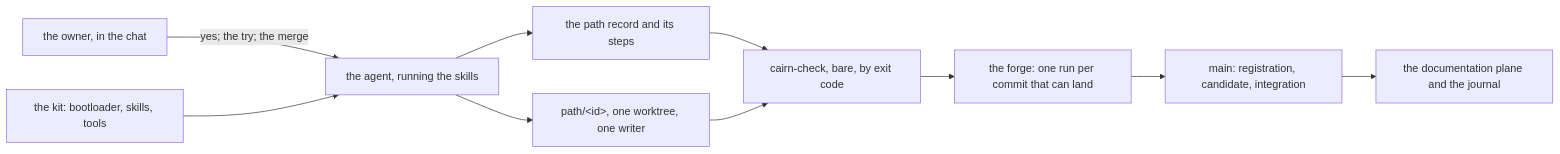
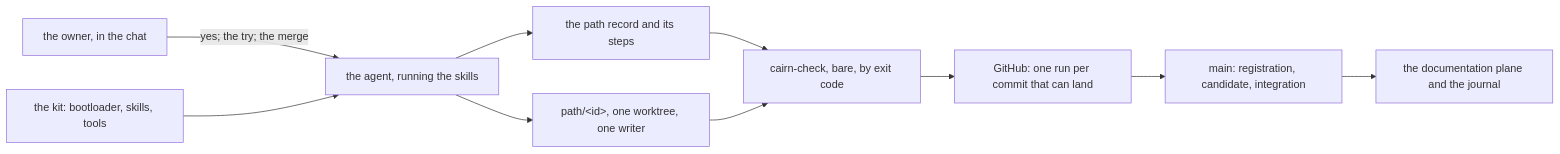
One commit to sinlalune/cairn changed the diagram in docs/architecture/01-cairn-1-1.md. Above: the diagram before and after it, drawn with Mermaid. The commit also changed other lines of this file and 10 other files, not shown here.

````diff
--- a/docs/architecture/01-cairn-1-1.md
+++ b/docs/architecture/01-cairn-1-1.md
@@ -115,12 +136,12 @@
 ```mermaid
 flowchart LR
   Owner["the owner, in the chat"] -->|"yes; the try; the merge"| Agent["the agent, running the skills"]
   Kit["the kit: bootloader, skills, tools"] --> Agent
   Agent --> Record["the path record and its steps"]
   Agent --> Branch["path/&lt;id&gt;, one worktree, one writer"]
   Record --> Checker["cairn-check, bare, by exit code"]
   Branch --> Checker
-  Checker --> Forge["the forge: one run per commit that can land"]
-  Forge --> Trunk["main: registration, candidate, integration"]
+  Checker --> Host["GitHub: one run per commit that can land"]
+  Host --> Trunk["main: registration, candidate, integration"]
   Trunk --> Docs["the documentation plane and the journal"]
 ```
````
